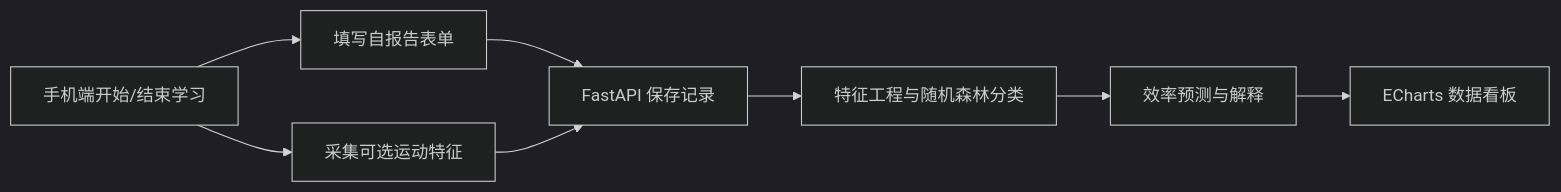
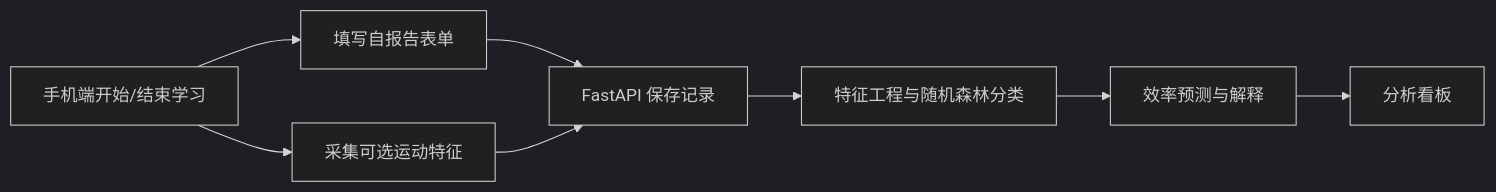
One commit to JACK-Chen415/Study-efficiency changed the diagram in README.md. Above: the diagram before and after it, drawn with Mermaid (dark theme). The commit also changed other lines of this file and 54 other files, not shown here.

````diff
--- a/README.md
+++ b/README.md
@@ -9,10 +9,10 @@
 ```mermaid
 flowchart LR
     A[手机端开始/结束学习] --> B[填写自报告表单]
     A --> C[采集可选运动特征]
     B --> D[FastAPI 保存记录]
     C --> D
     D --> E[特征工程与随机森林分类]
     E --> F[效率预测与解释]
-    F --> G[ECharts 数据看板]
+    F --> G[分析看板]
 ```
````
